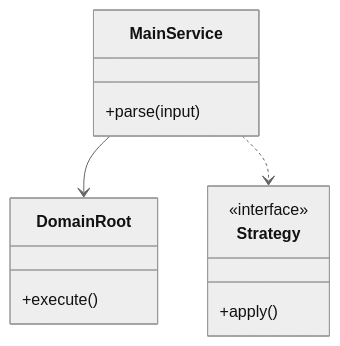
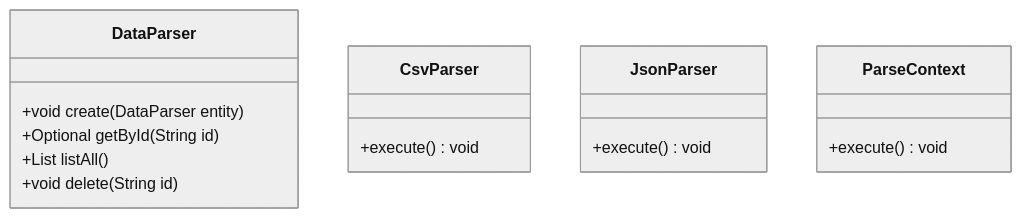
One commit to madhupaila/Interview-Prep-SSE changed the first of 3 diagrams in Learn/System Design - Low Level Design/03-design-patterns/questions/Q16-template-method-parser.md. Above: the diagram before and after it, drawn with Mermaid (neutral theme). The commit also changed other lines of this file and 491 other files, not shown here.

````diff
--- a/Learn/System Design - Low Level Design/03-design-patterns/questions/Q16-template-method-parser.md
+++ b/Learn/System Design - Low Level Design/03-design-patterns/questions/Q16-template-method-parser.md
@@ -73,15 +91,18 @@
 ```mermaid
 classDiagram
-    class MainService {
-        +parse(input)
+    class DataParser {
+        +void create(DataParser entity)
+        +Optional<DataParser> getById(String id)
+        +List<DataParser> listAll()
+        +void delete(String id)
     }
-    class DomainRoot {
-        +execute()
+    class CsvParser {
+        +execute() void
     }
-    class Strategy {
-        <<interface>>
-        +apply()
+    class JsonParser {
+        +execute() void
     }
-    MainService --> DomainRoot
-    MainService ..> Strategy
+    class ParseContext {
+        +execute() void
+    }
 ```
````
